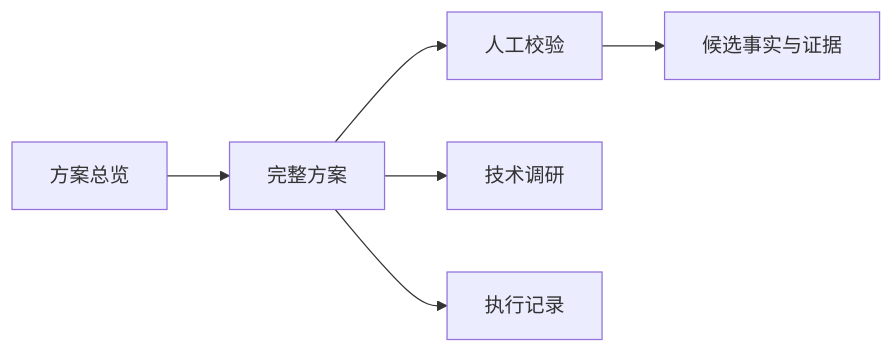
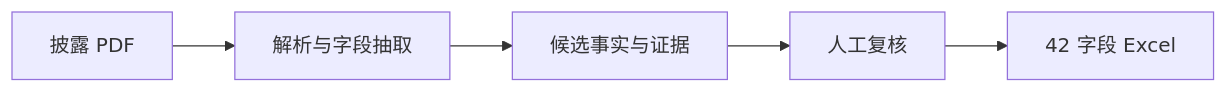
One commit to ShuyaCui/abs-data-ai-collection changed the diagram in README.md. Above: the diagram before and after it, drawn with Mermaid. The commit also changed other lines of this file, not shown here.

````diff
--- a/README.md
+++ b/README.md
@@ -11,8 +12,7 @@
 ```mermaid
 flowchart LR
-  Overview[方案总览] --> Detail[完整方案]
-  Detail --> Review[人工校验]
-  Review --> Evidence[候选事实与证据]
-  Detail --> Research[技术调研]
-  Detail --> Log[执行记录]
+  PDF[披露 PDF] --> Extract[解析与字段抽取]
+  Extract --> Evidence[候选事实与证据]
+  Evidence --> Review[人工复核]
+  Review --> Export[42 字段 Excel]
 ```
````
